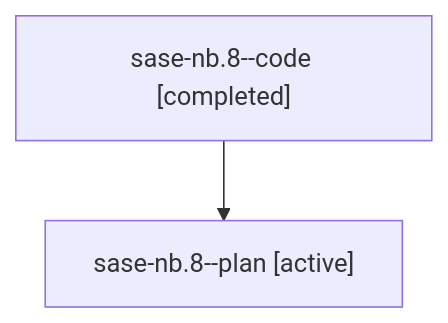
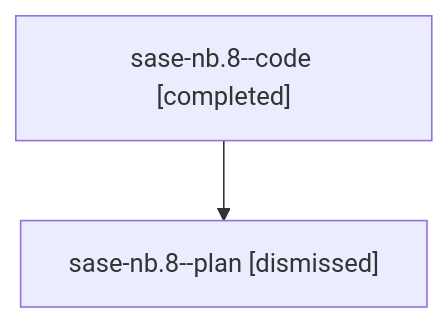
One commit to sase-org/sase--agents changed the diagram in sessions/bbugyi200.athena.sase-nb.8.md. Above: the diagram before and after it, drawn with Mermaid. The commit also changed other lines of this file and 219 other files, not shown here.

````diff
--- a/sessions/bbugyi200.athena.sase-nb.8.md
+++ b/sessions/bbugyi200.athena.sase-nb.8.md
@@ -9,6 +9,6 @@
 ```mermaid
 flowchart TD
   n0["sase-nb.8--code [completed]"]
-  n1["sase-nb.8--plan [active]"]
+  n1["sase-nb.8--plan [dismissed]"]
   n0 --> n1
 ```
````
